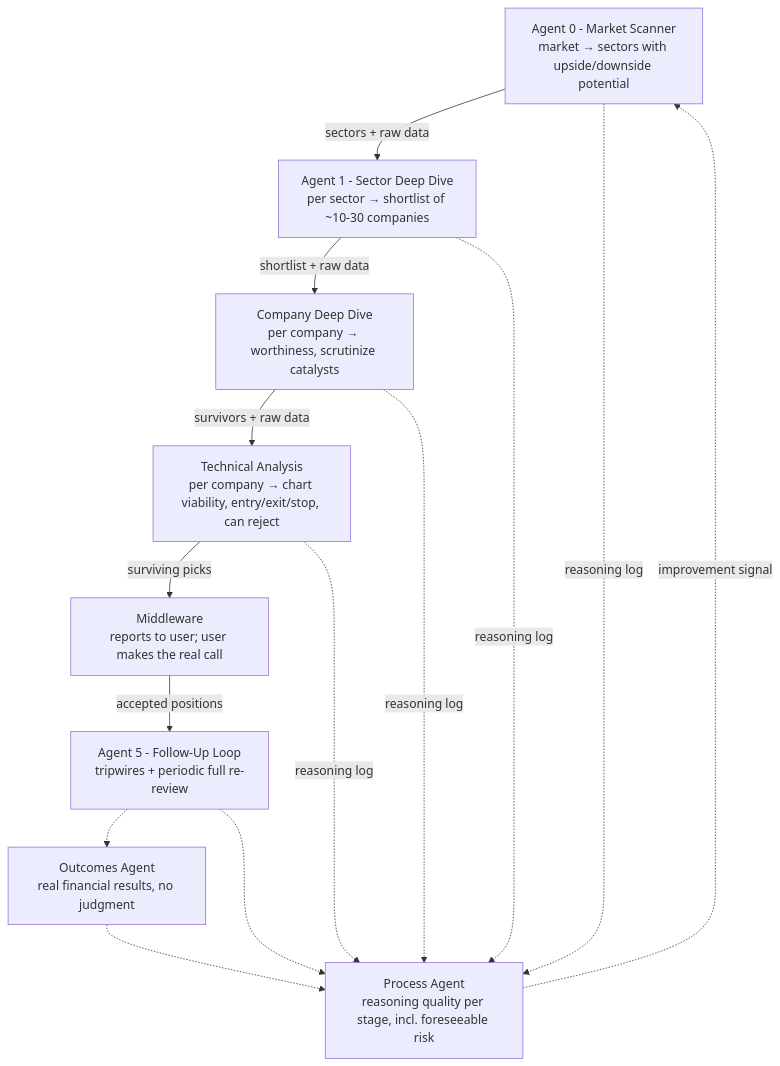
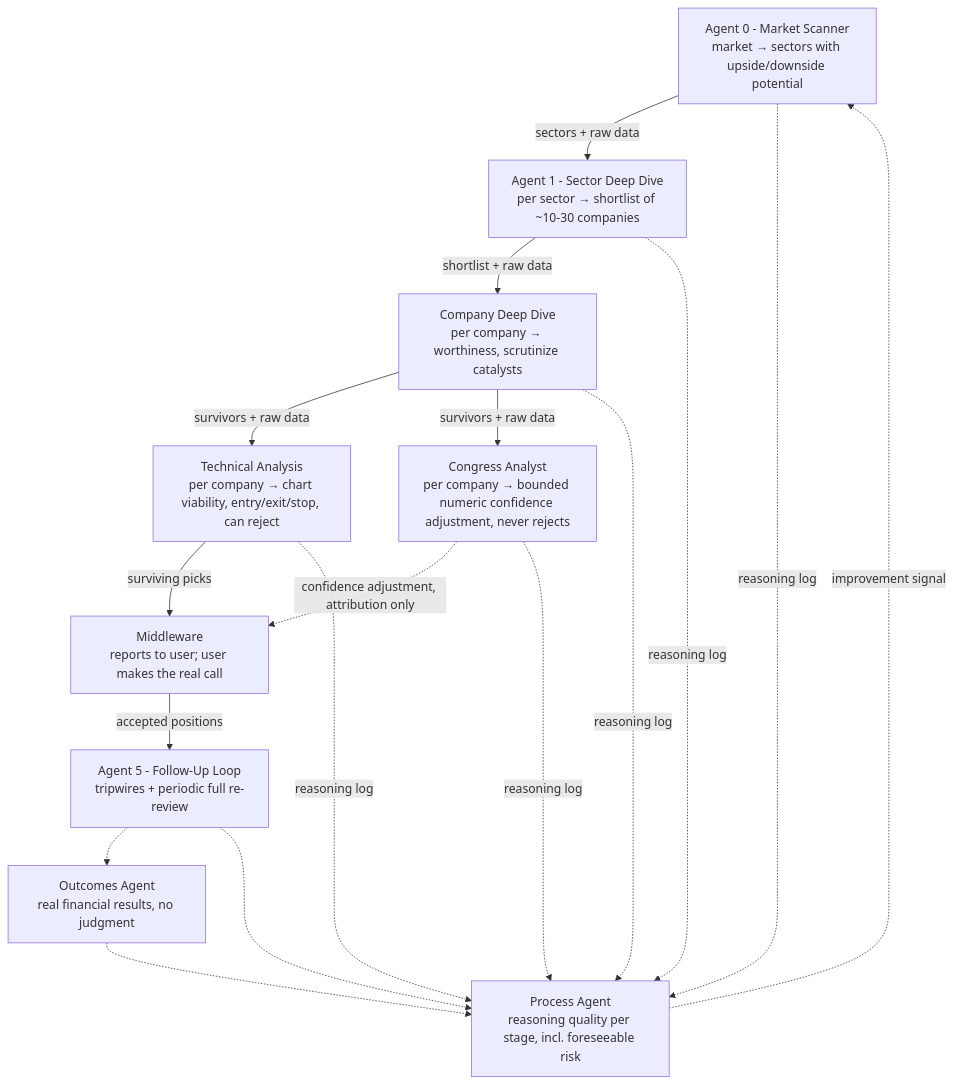
One commit to ashakir11-dev/trading-platform changed the diagram in docs/ARCHITECTURE.md. Above: the diagram before and after it, drawn with Mermaid. The commit also changed other lines of this file and 24 other files, not shown here.

````diff
--- a/docs/ARCHITECTURE.md
+++ b/docs/ARCHITECTURE.md
@@ -21,22 +21,25 @@
 ```mermaid
 flowchart TD
     A0["Agent 0 - Market Scanner<br/>market → sectors with upside/downside potential"]
     A1["Agent 1 - Sector Deep Dive<br/>per sector → shortlist of ~10-30 companies"]
     A2["Company Deep Dive<br/>per company → worthiness, scrutinize catalysts"]
     A3["Technical Analysis<br/>per company → chart viability, entry/exit/stop, can reject"]
+    A4["Congress Analyst<br/>per company → bounded numeric confidence adjustment, never rejects"]
     MW["Middleware<br/>reports to user; user makes the real call"]
     A5["Agent 5 - Follow-Up Loop<br/>tripwires + periodic full re-review"]
     OUT["Outcomes Agent<br/>real financial results, no judgment"]
     PROC["Process Agent<br/>reasoning quality per stage, incl. foreseeable risk"]
 
     A0 -->|sectors + raw data| A1
     A1 -->|shortlist + raw data| A2
     A2 -->|survivors + raw data| A3
+    A2 -->|survivors + raw data| A4
     A3 -->|surviving picks| MW
+    A4 -.confidence adjustment, attribution only.-> MW
     MW -->|accepted positions| A5
     A5 -.-> OUT
     A5 -.-> PROC
-    A0 & A1 & A2 & A3 -.reasoning log.-> PROC
+    A0 & A1 & A2 & A3 & A4 -.reasoning log.-> PROC
     OUT -.-> PROC
     PROC -.improvement signal.-> A0
 ```
````
